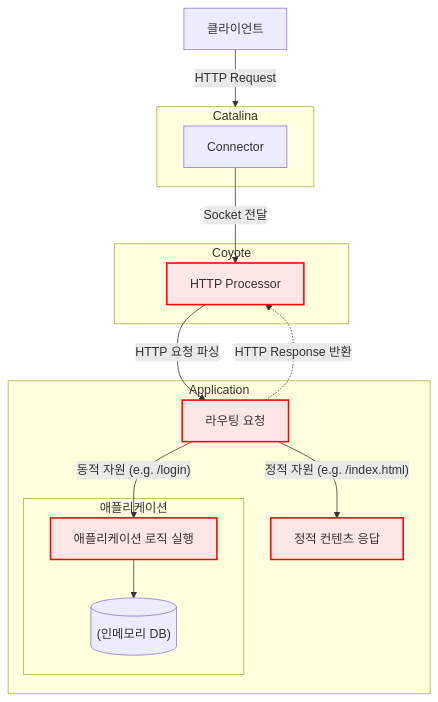
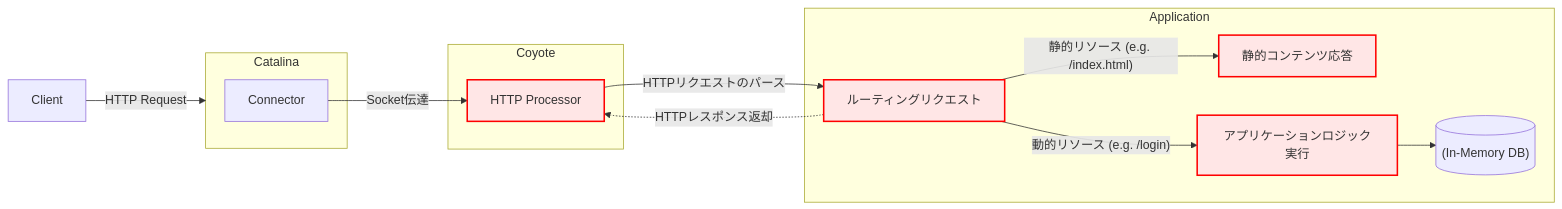
The diagram in README.md (Lieslot/jwp-dashboard-http), drawn with Mermaid before and after one commit. The commit also changed other lines of this file and 1 other file, not shown here.

````diff
--- a/README.md
+++ b/README.md
@@ -14,34 +14,29 @@
 ```mermaid
-graph TD
-    Client[클라이언트] -- HTTP Request --> Catalina["Catalina: 연결 관리자"];
+graph LR
+    Client[Client] -- HTTP Request --> Catalina["Catalina: コネクションマネージャー"];
 
     subgraph "Application"
-        RouteRequest["라우팅 요청"] -- 정적 자원 (e.g. /index.html) --> StaticHandler["정적 컨텐츠 응답"];
-        RouteRequest -- 동적 자원 (e.g. /login) --> AppLogic["애플리케이션 로직 실행"];
+        RouteRequest["ルーティングリクエスト"] -- 静的リソース (e.g. /index.html) --> StaticHandler["静的コンテンツ応答"];
+        RouteRequest -- 動的リソース (e.g. /login) --> AppLogic["アプリケーションロジック実行"];
         
-        subgraph "애플리케이션"
-            AppLogic --> DB[("(인메모리 DB)")];
-        end
+        AppLogic --> DB[("(In-Memory DB)")];
 
     end
 
     subgraph Coyote
         HTTP_Processor["HTTP Processor"]
-        HTTP_Processor -- "HTTP 요청 파싱" --> RouteRequest; 
-        RouteRequest -. HTTP Response 반환 .-> HTTP_Processor
+        HTTP_Processor -- "HTTPリクエストのパース" --> RouteRequest; 
+        RouteRequest -. HTTPレスポンス返却 .-> HTTP_Processor
     end
 
     subgraph Catalina
-        Connector -- Socket 전달 --> HTTP_Processor
+        Connector -- Socket伝達 --> HTTP_Processor
     end
 
-
-    
-
-    %% 스타일 적용 (배경색, 테두리색, 글자색 등)
+    %% スタイル適用 (背景色, 枠線の色, 文字色など)
 
     style HTTP_Processor fill:#ffe6e6,stroke:#ff0000,stroke-width:2px
     style RouteRequest fill:#ffe6e6,stroke:#ff0000,stroke-width:2px
     style AppLogic fill:#ffe6e6,stroke:#ff0000,stroke-width:2px
     style StaticHandler fill:#ffe6e6,stroke:#ff0000,stroke-width:2px
 ```
````
